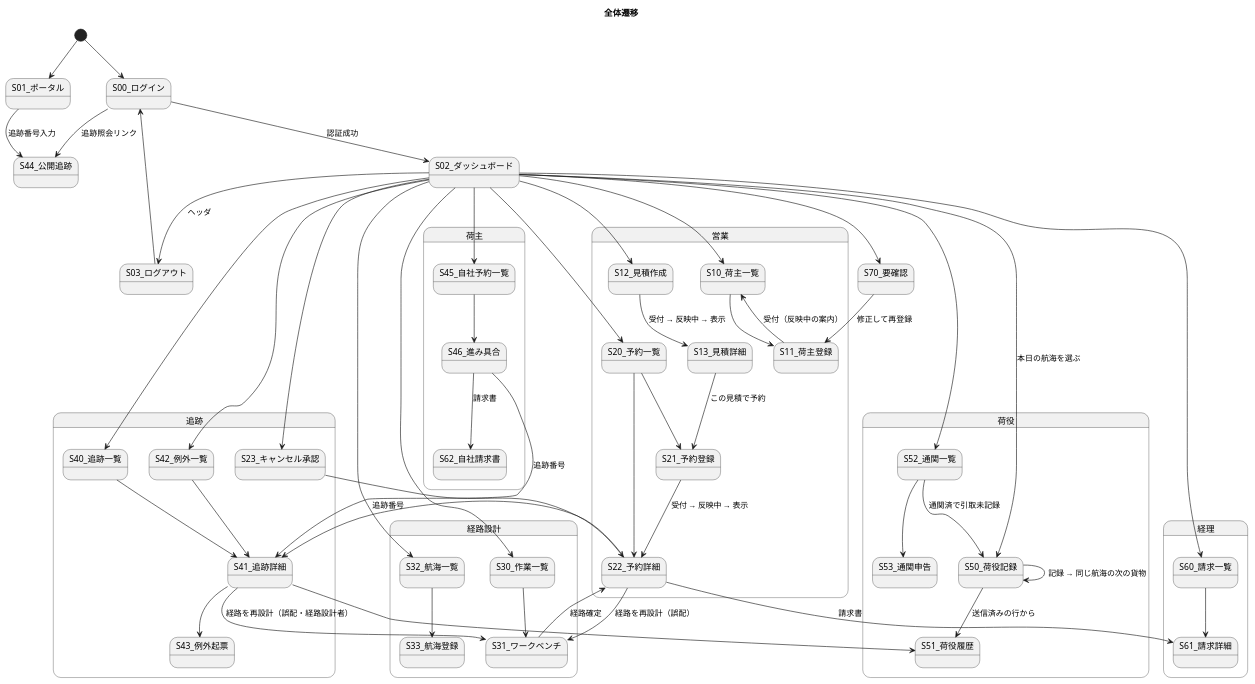
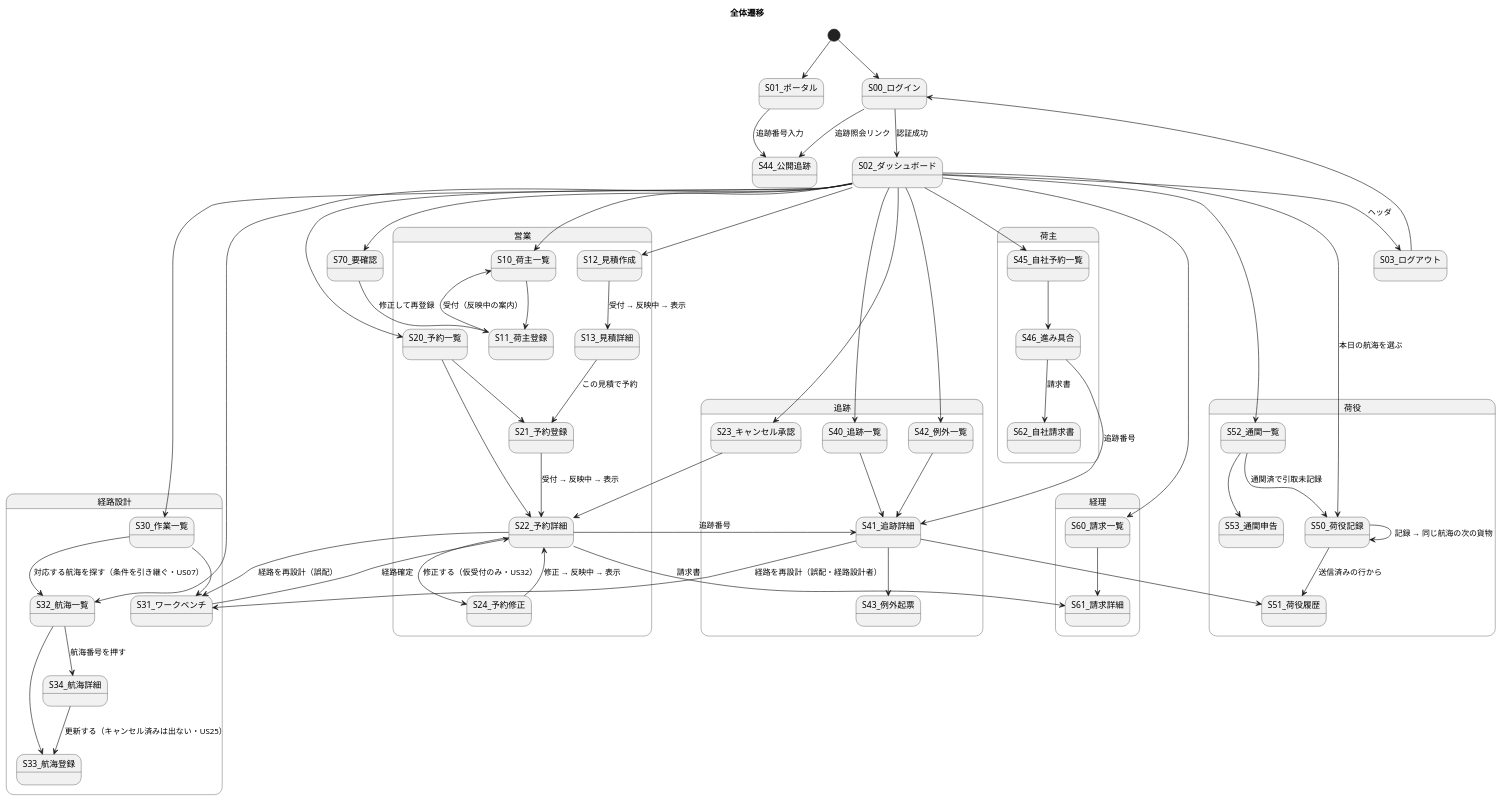
The second of 32 diagrams in docs/design/cargo-tracker/ui_design.md (k2works/case-study-cargo-tracker), drawn with PlantUML before and after one commit. The commit also changed other lines of this file and 3 other files, not shown here.

````diff
--- a/docs/design/cargo-tracker/ui_design.md
+++ b/docs/design/cargo-tracker/ui_design.md
@@ -251,73 +251,78 @@
 ```plantuml
 @startuml
 title 全体遷移
 
 [*] --> S00_ログイン
 [*] --> S01_ポータル
 S01_ポータル --> S44_公開追跡 : 追跡番号入力
 S00_ログイン --> S44_公開追跡 : 追跡照会リンク
 S00_ログイン --> S02_ダッシュボード : 認証成功
 
 state "営業" as sales {
   S02_ダッシュボード --> S10_荷主一覧
   S10_荷主一覧 --> S11_荷主登録
   S11_荷主登録 --> S10_荷主一覧 : 受付（反映中の案内）
   S02_ダッシュボード --> S12_見積作成
   S12_見積作成 --> S13_見積詳細 : 受付 → 反映中 → 表示
   S13_見積詳細 --> S21_予約登録 : この見積で予約
   S02_ダッシュボード --> S20_予約一覧
   S20_予約一覧 --> S21_予約登録
   S21_予約登録 --> S22_予約詳細 : 受付 → 反映中 → 表示
   S20_予約一覧 --> S22_予約詳細
+  S22_予約詳細 --> S24_予約修正 : 修正する（仮受付のみ・US32）
+  S24_予約修正 --> S22_予約詳細 : 修正 → 反映中 → 表示
 }
 
 state "経路設計" as routing {
   S02_ダッシュボード --> S30_作業一覧
   S30_作業一覧 --> S31_ワークベンチ
   S31_ワークベンチ --> S22_予約詳細 : 経路確定
   S22_予約詳細 --> S31_ワークベンチ : 経路を再設計（誤配）
   S02_ダッシュボード --> S32_航海一覧
   S32_航海一覧 --> S33_航海登録
+  S32_航海一覧 --> S34_航海詳細 : 航海番号を押す
+  S34_航海詳細 --> S33_航海登録 : 更新する（キャンセル済みは出ない・US25）
+  S30_作業一覧 --> S32_航海一覧 : 対応する航海を探す（条件を引き継ぐ・US07）
 }
 
 state "追跡" as tracking {
   S02_ダッシュボード --> S40_追跡一覧
   S40_追跡一覧 --> S41_追跡詳細
   S41_追跡詳細 --> S43_例外起票
   S02_ダッシュボード --> S42_例外一覧
   S42_例外一覧 --> S41_追跡詳細
   S02_ダッシュボード --> S23_キャンセル承認
   S23_キャンセル承認 --> S22_予約詳細
   S41_追跡詳細 --> S31_ワークベンチ : 経路を再設計（誤配・経路設計者）
 }
 
 state "荷役" as handling {
   S02_ダッシュボード --> S50_荷役記録 : 本日の航海を選ぶ
   S50_荷役記録 --> S50_荷役記録 : 記録 → 同じ航海の次の貨物
   S50_荷役記録 --> S51_荷役履歴 : 送信済みの行から
   S02_ダッシュボード --> S52_通関一覧
   S52_通関一覧 --> S53_通関申告
   S52_通関一覧 --> S50_荷役記録 : 通関済で引取未記録
 }
 
 state "荷主" as shipper {
   S02_ダッシュボード --> S45_自社予約一覧
   S45_自社予約一覧 --> S46_進み具合
   S46_進み具合 --> S41_追跡詳細 : 追跡番号
   S46_進み具合 --> S62_自社請求書 : 請求書
 }
 
 state "経理" as billing {
   S02_ダッシュボード --> S60_請求一覧
   S60_請求一覧 --> S61_請求詳細
 }
 
 S02_ダッシュボード --> S70_要確認
 S70_要確認 --> S11_荷主登録 : 修正して再登録
 S22_予約詳細 --> S41_追跡詳細 : 追跡番号
 S22_予約詳細 --> S61_請求詳細 : 請求書
 S41_追跡詳細 --> S51_荷役履歴
 S02_ダッシュボード --> S03_ログアウト : ヘッダ
 S03_ログアウト --> S00_ログイン
 @enduml
 ```
````
